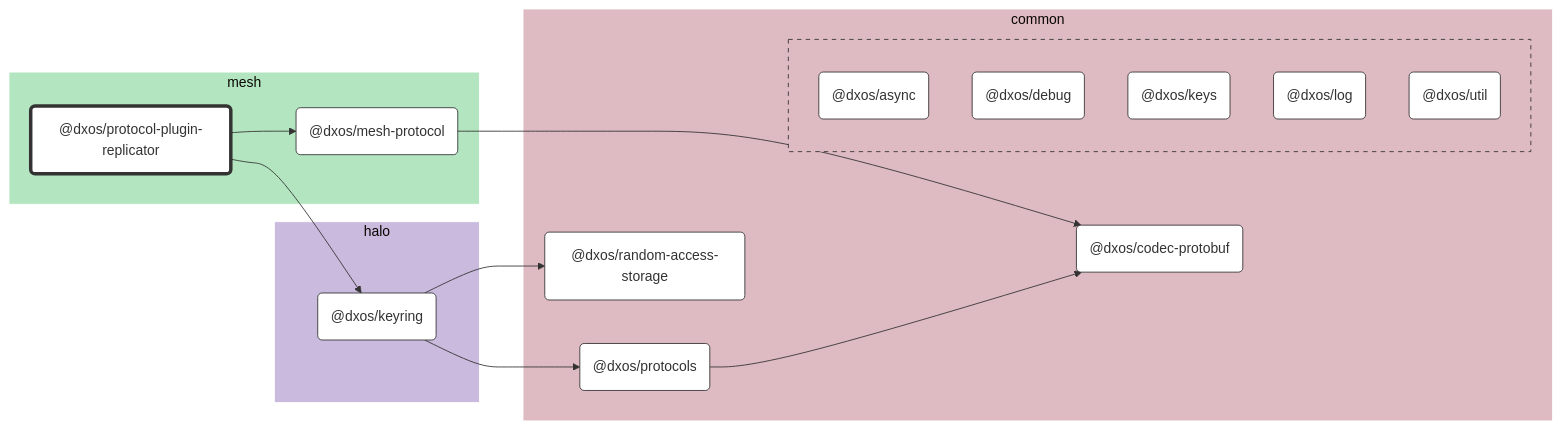
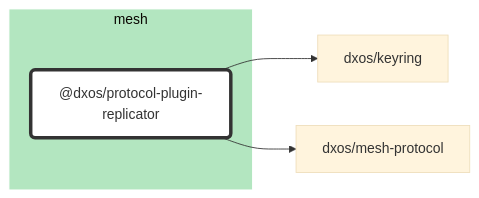
The diagram in packages/mesh/protocol-plugin-replicator/docs/README.md (dxos/dxos), drawn with Mermaid (base theme) before and after one commit. The commit also changed 87 other files, not shown here.

````diff
--- a/packages/mesh/protocol-plugin-replicator/docs/README.md
+++ b/packages/mesh/protocol-plugin-replicator/docs/README.md
@@ -7,76 +7,22 @@
 ```mermaid
 %%{ init: {'flowchart':{'curve':'basis'}} }%%
 
 flowchart LR
 
-%% Links
-dxos/keyring --> dxos/protocols;
-dxos/keyring --> dxos/random-access-storage;
-dxos/mesh-protocol --> dxos/codec-protobuf;
-dxos/protocol-plugin-replicator --> dxos/keyring;
-dxos/protocol-plugin-replicator --> dxos/mesh-protocol;
-dxos/protocols --> dxos/codec-protobuf;
+%% Classes
+classDef def fill:#fff,stroke:#333,stroke-width:1px
+classDef root fill:#fff,stroke:#333,stroke-width:4px
 
-%% Sections
-subgraph mesh
-  style mesh fill:#b3e6c0,stroke:#fff;
+%% Nodes
 
-  dxos/mesh-protocol("@dxos/mesh-protocol")
-  dxos/protocol-plugin-replicator("@dxos/protocol-plugin-replicator")
+subgraph mesh [mesh]
+  style mesh fill:#b3e6c0,stroke:#fff
+  dxos/protocol-plugin-replicator("@dxos/protocol-plugin-replicator"):::root
+  click dxos/protocol-plugin-replicator "dxos/dxos/tree/main/packages/mesh/protocol-plugin-replicator/docs"
 end
 
-subgraph common
-  style common fill:#debac2,stroke:#fff;
-
-  dxos/codec-protobuf("@dxos/codec-protobuf")
-  dxos/protocols("@dxos/protocols")
-  dxos/random-access-storage("@dxos/random-access-storage")
-
-  subgraph common-excluded [ ]
-    style common-excluded fill:#debac2,stroke:#333,stroke-dasharray:5 5;
-
-    dxos/async("@dxos/async")
-    dxos/debug("@dxos/debug")
-    dxos/keys("@dxos/keys")
-    dxos/log("@dxos/log")
-    dxos/util("@dxos/util")
-  end
-end
-
-subgraph halo
-  style halo fill:#cabade,stroke:#fff;
-
-  dxos/keyring("@dxos/keyring")
-end
-
-
-%% Hyperlinks
-click dxos/async "dxos/dxos/tree/main/packages/common/async/docs";
-click dxos/codec-protobuf "dxos/dxos/tree/main/packages/common/codec-protobuf/docs";
-click dxos/debug "dxos/dxos/tree/main/packages/common/debug/docs";
-click dxos/keyring "dxos/dxos/tree/main/packages/halo/keyring/docs";
-click dxos/keys "dxos/dxos/tree/main/packages/common/keys/docs";
-click dxos/log "dxos/dxos/tree/main/packages/common/log/docs";
-click dxos/mesh-protocol "dxos/dxos/tree/main/packages/mesh/mesh-protocol/docs";
-click dxos/protocols "dxos/dxos/tree/main/packages/common/protocols/docs";
-click dxos/random-access-storage "dxos/dxos/tree/main/packages/common/random-access-storage/docs";
-click dxos/util "dxos/dxos/tree/main/packages/common/util/docs";
-
-%% Styles
-classDef rootNode fill:#fff,stroke:#333,stroke-width:4px
-classDef defaultNode fill:#fff,stroke:#333,stroke-width:1px
+%% Links
 linkStyle default stroke:#333,stroke-width:1px
-
-dxos/protocol-plugin-replicator:::rootNode
-
-dxos/async:::defaultNode
-dxos/codec-protobuf:::defaultNode
-dxos/debug:::defaultNode
-dxos/keyring:::defaultNode
-dxos/keys:::defaultNode
-dxos/log:::defaultNode
-dxos/mesh-protocol:::defaultNode
-dxos/protocols:::defaultNode
-dxos/random-access-storage:::defaultNode
-dxos/util:::defaultNode
+dxos/protocol-plugin-replicator --> dxos/keyring
+dxos/protocol-plugin-replicator --> dxos/mesh-protocol
 ```
````
